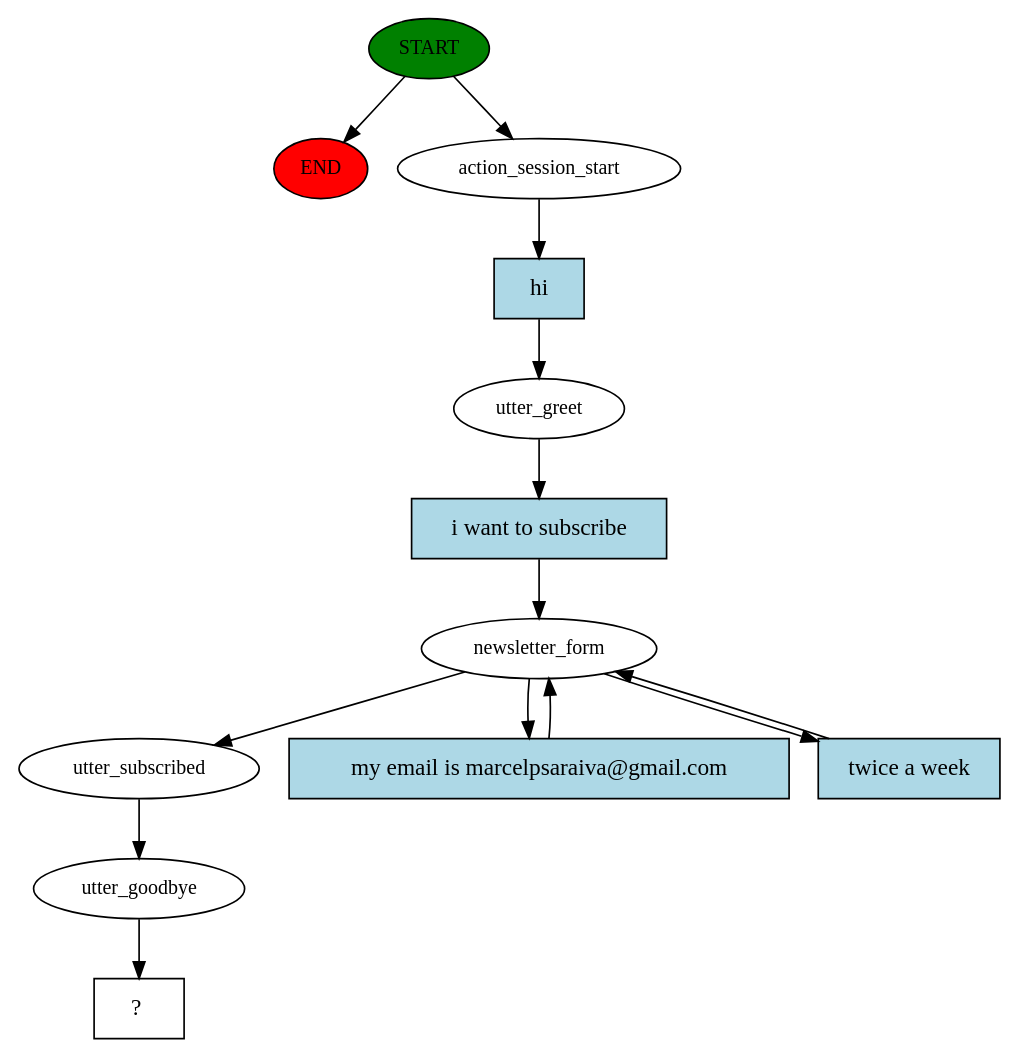
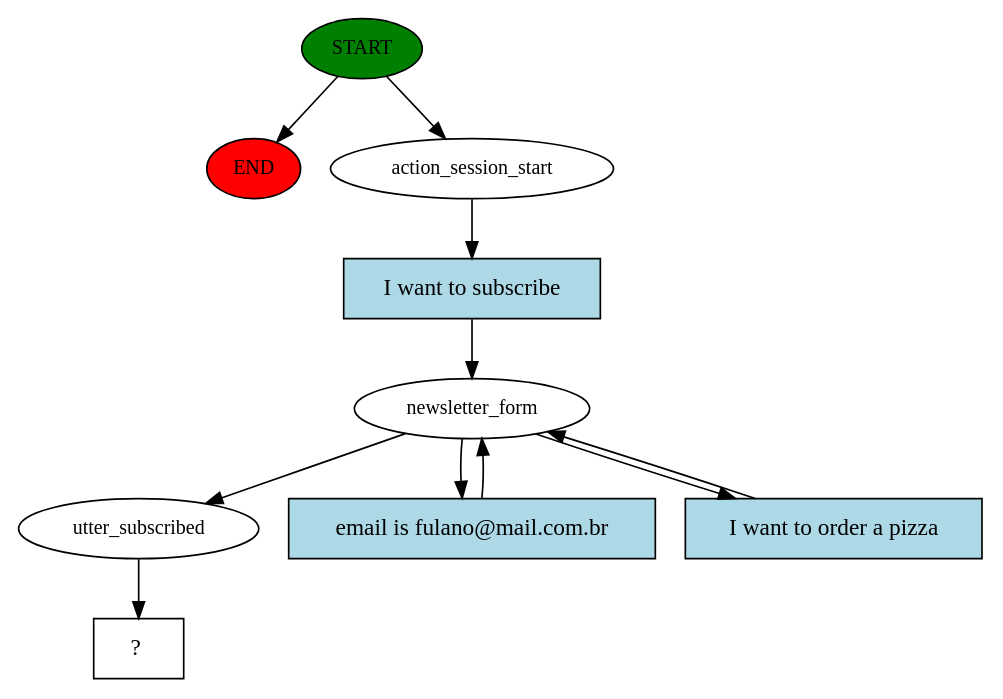
The diagram in story_graph.dot (marcelpsaraiva/rasa-tutorial), drawn with Graphviz before and after one commit. The commit also changed 16 other files, not shown here.

```diff
--- a/story_graph.dot
+++ b/story_graph.dot
@@ -1,27 +1,21 @@
 digraph  {
 0 [class="start active", fillcolor=green, fontsize=12, label=START, style=filled];
 "-1" [class=end, fillcolor=red, fontsize=12, label=END, style=filled];
 1 [class=active, fontsize=12, label=action_session_start];
-2 [class=active, fontsize=12, label=utter_greet];
-3 [class=active, fontsize=12, label=newsletter_form];
-6 [class=active, fontsize=12, label=utter_subscribed];
-7 [class=active, fontsize=12, label=utter_goodbye];
-8 [class="intent dashed active", label="  ?  ", shape=rect];
-9 [class="intent active", fillcolor=lightblue, label=hi, shape=rect, style=filled];
-10 [class="intent active", fillcolor=lightblue, label="i want to subscribe", shape=rect, style=filled];
-11 [class="intent active", fillcolor=lightblue, label="my email is marcelpsaraiva@gmail.com", shape=rect, style=filled];
-12 [class="intent active", fillcolor=lightblue, label="twice a week", shape=rect, style=filled];
+2 [class=active, fontsize=12, label=newsletter_form];
+5 [class=active, fontsize=12, label=utter_subscribed];
+6 [class="intent dashed active", label="  ?  ", shape=rect];
+7 [class="intent active", fillcolor=lightblue, label="I want to subscribe", shape=rect, style=filled];
+8 [class="intent active", fillcolor=lightblue, label="email is fulano@mail.com.br", shape=rect, style=filled];
+9 [class="intent active", fillcolor=lightblue, label="I want to order a pizza", shape=rect, style=filled];
 0 -> "-1"  [class="", key=NONE, label=""];
 0 -> 1  [class=active, key=NONE, label=""];
-1 -> 9  [class=active, key=0];
-2 -> 10  [class=active, key=0];
-3 -> 6  [class=active, key=NONE, label=""];
-3 -> 11  [class=active, key=0];
-3 -> 12  [class=active, key=0];
-6 -> 7  [class=active, key=NONE, label=""];
-7 -> 8  [class=active, key=NONE, label=""];
+1 -> 7  [class=active, key=0];
+2 -> 5  [class=active, key=NONE, label=""];
+2 -> 8  [class=active, key=0];
+2 -> 9  [class=active, key=0];
+5 -> 6  [class=active, key=NONE, label=""];
+7 -> 2  [class=active, key=0];
+8 -> 2  [class=active, key=0];
 9 -> 2  [class=active, key=0];
-10 -> 3  [class=active, key=0];
-11 -> 3  [class=active, key=0];
-12 -> 3  [class=active, key=0];
 }
```
